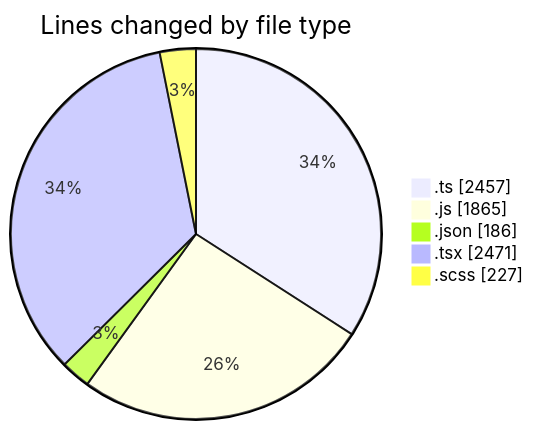
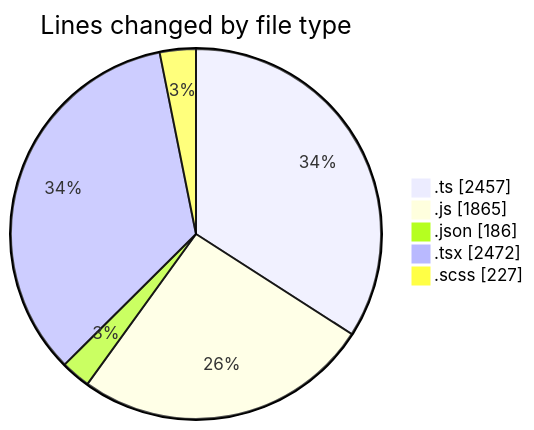
The first of 2 diagrams in 2026-06-18/cda/README.md (momahboobian/code-tracking), drawn with Mermaid before and after one commit. The commit also changed other lines of this file and 1 other file, not shown here.

````diff
--- a/2026-06-18/cda/README.md
+++ b/2026-06-18/cda/README.md
@@ -54,9 +54,9 @@
 ```mermaid
 pie showData
 title Lines changed by file type
 ".ts" : 2457
 ".js" : 1865
 ".json" : 186
-".tsx" : 2471
+".tsx" : 2472
 ".scss" : 227
 ```
````
